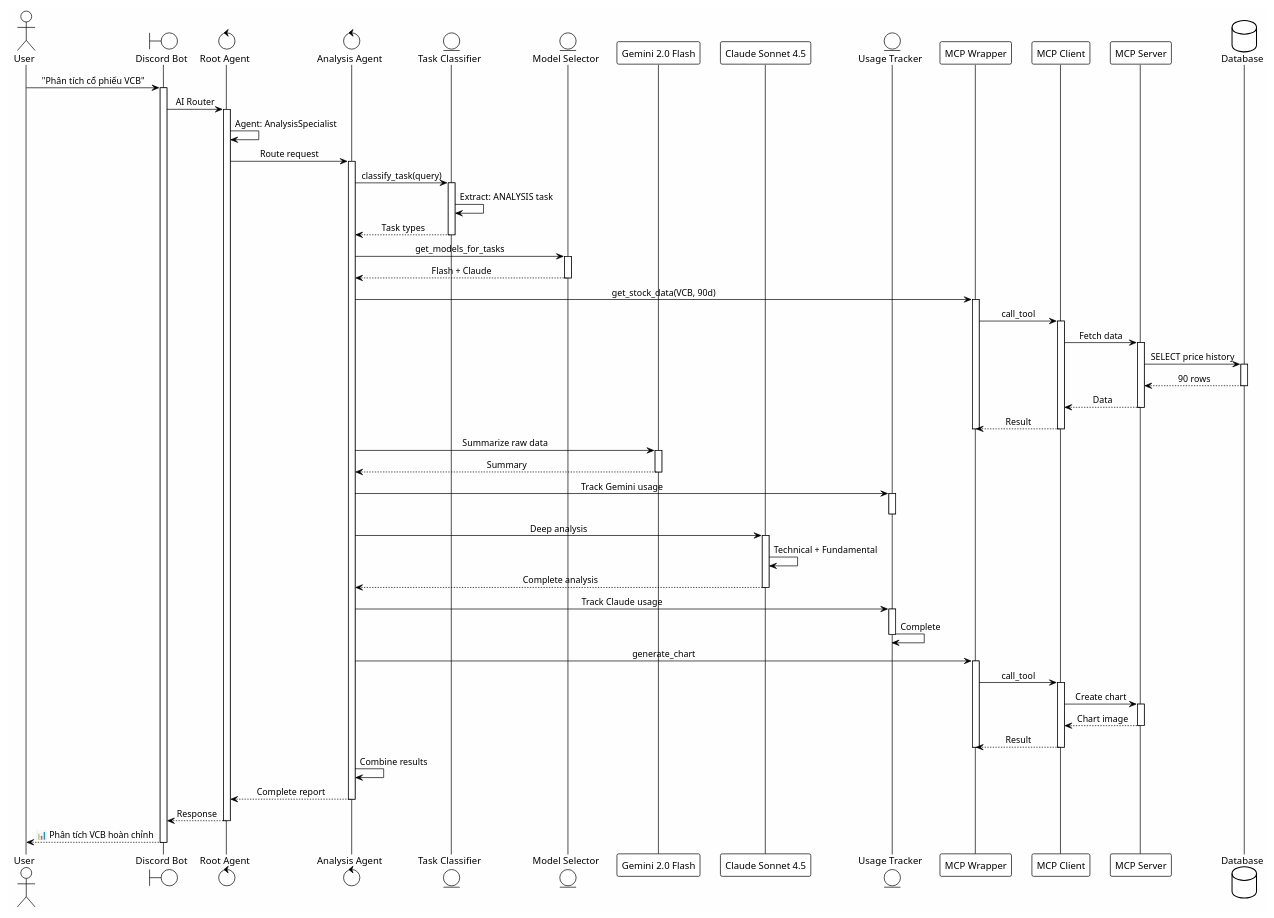
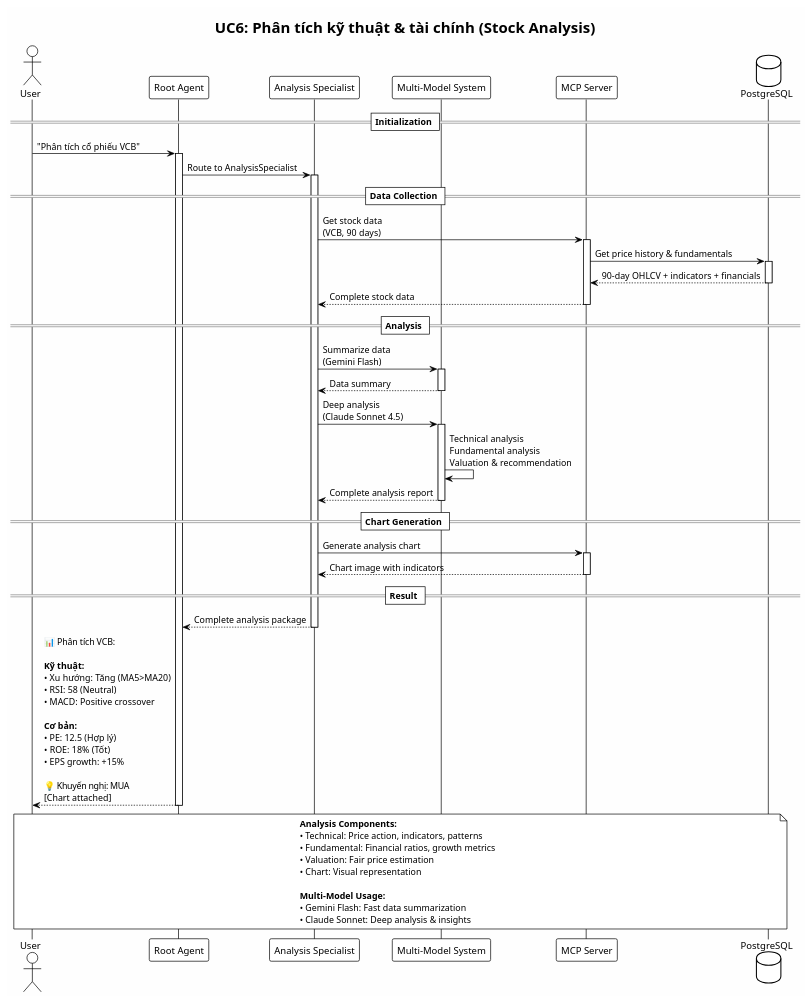
Before and after one commit to GiangNV-HUST/DATN: the diagram in diagrams/sources/sequence_diagrams/sequence_uc6_phan_tich.puml, drawn with PlantUML. The commit also changed other lines of this file and 9 other files, not shown here.

First line of the commit message:
refactor: Optimize 5 additional complex sequence diagrams

```diff
--- a/diagrams/sources/sequence_diagrams/sequence_uc6_phan_tich.puml
+++ b/diagrams/sources/sequence_diagrams/sequence_uc6_phan_tich.puml
@@ -1,101 +2,68 @@
 @startuml sequence_uc6_phan_tich
 !theme plain
 skinparam backgroundColor #FEFEFE
-skinparam sequenceMessageAlign center
 skinparam shadowing false
+skinparam defaultFontName "Times New Roman"
+
+title UC6: Phân tích kỹ thuật & tài chính (Stock Analysis)
 
 actor User
-boundary "Discord Bot" as Bot
-control "Root Agent" as Root
-control "Analysis Agent" as Analysis
-entity "Task Classifier" as Classifier
-entity "Model Selector" as Selector
-participant "Gemini 2.0 Flash" as Flash
-participant "Claude Sonnet 4.5" as Claude
-entity "Usage Tracker" as Tracker
-participant "MCP Wrapper" as Wrapper
-participant "MCP Client" as Client
-participant "MCP Server" as Server
-database "Database" as DB
+participant "Root Agent" as Root
+participant "Analysis Specialist" as Analysis
+participant "Multi-Model System" as Models
+participant "MCP Server" as MCP
+database "PostgreSQL" as DB
 
-User -> Bot: "Phân tích cổ phiếu VCB"
-activate Bot
-
-Bot -> Root: AI Router
+== Initialization ==
+User -> Root: "Phân tích cổ phiếu VCB"
 activate Root
-Root -> Root: Agent: AnalysisSpecialist
-
-Root -> Analysis: Route request
+Root -> Analysis: Route to AnalysisSpecialist
 activate Analysis
 
-Analysis -> Classifier: classify_task(query)
-activate Classifier
-Classifier -> Classifier: Extract: ANALYSIS task
-Classifier --> Analysis: Task types
-deactivate Classifier
+== Data Collection ==
+Analysis -> MCP: Get stock data\n(VCB, 90 days)
+activate MCP
+MCP -> DB: Get price history & fundamentals
+activate DB
+DB --> MCP: 90-day OHLCV + indicators + financials
+deactivate DB
+MCP --> Analysis: Complete stock data
+deactivate MCP
 
-Analysis -> Selector: get_models_for_tasks
-activate Selector
-Selector --> Analysis: Flash + Claude
-deactivate Selector
+== Analysis ==
+Analysis -> Models: Summarize data\n(Gemini Flash)
+activate Models
+Models --> Analysis: Data summary
+deactivate Models
 
-Analysis -> Wrapper: get_stock_data(VCB, 90d)
-activate Wrapper
-Wrapper -> Client: call_tool
-activate Client
-Client -> Server: Fetch data
-activate Server
-Server -> DB: SELECT price history
-activate DB
-DB --> Server: 90 rows
-deactivate DB
-Server --> Client: Data
-deactivate Server
-Client --> Wrapper: Result
-deactivate Client
-deactivate Wrapper
+Analysis -> Models: Deep analysis\n(Claude Sonnet 4.5)
+activate Models
+Models -> Models: Technical analysis\nFundamental analysis\nValuation & recommendation
+Models --> Analysis: Complete analysis report
+deactivate Models
 
-Analysis -> Flash: Summarize raw data
-activate Flash
-Flash --> Analysis: Summary
-deactivate Flash
+== Chart Generation ==
+Analysis -> MCP: Generate analysis chart
+activate MCP
+MCP --> Analysis: Chart image with indicators
+deactivate MCP
 
-Analysis -> Tracker: Track Gemini usage
-activate Tracker
-deactivate Tracker
-
-Analysis -> Claude: Deep analysis
-activate Claude
-Claude -> Claude: Technical + Fundamental
-Claude --> Analysis: Complete analysis
-deactivate Claude
-
-Analysis -> Tracker: Track Claude usage
-activate Tracker
-Tracker -> Tracker: Complete
-deactivate Tracker
-
-Analysis -> Wrapper: generate_chart
-activate Wrapper
-Wrapper -> Client: call_tool
-activate Client
-Client -> Server: Create chart
-activate Server
-Server --> Client: Chart image
-deactivate Server
-Client --> Wrapper: Result
-deactivate Client
-deactivate Wrapper
-
-Analysis -> Analysis: Combine results
-
-Analysis --> Root: Complete report
+== Result ==
+Analysis --> Root: Complete analysis package
 deactivate Analysis
-
-Root --> Bot: Response
+Root --> User: 📊 Phân tích VCB:\n\n**Kỹ thuật:**\n• Xu hướng: Tăng (MA5>MA20)\n• RSI: 58 (Neutral)\n• MACD: Positive crossover\n\n**Cơ bản:**\n• PE: 12.5 (Hợp lý)\n• ROE: 18% (Tốt)\n• EPS growth: +15%\n\n💡 Khuyến nghị: MUA\n[Chart attached]
 deactivate Root
 
-Bot --> User: 📊 Phân tích VCB hoàn chỉnh
-deactivate Bot
+note over User, DB
+  **Analysis Components:**
+  • Technical: Price action, indicators, patterns
+  • Fundamental: Financial ratios, growth metrics
+  • Valuation: Fair price estimation
+  • Chart: Visual representation
+
+  **Multi-Model Usage:**
+  • Gemini Flash: Fast data summarization
+  • Claude Sonnet: Deep analysis & insights
+end note
 
 @enduml
```
